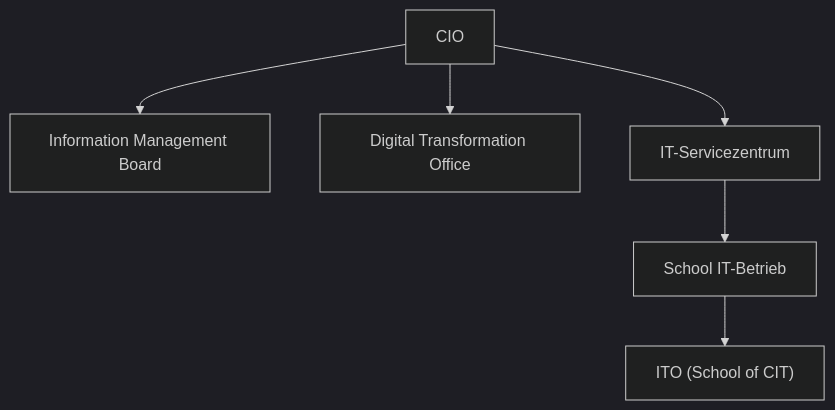
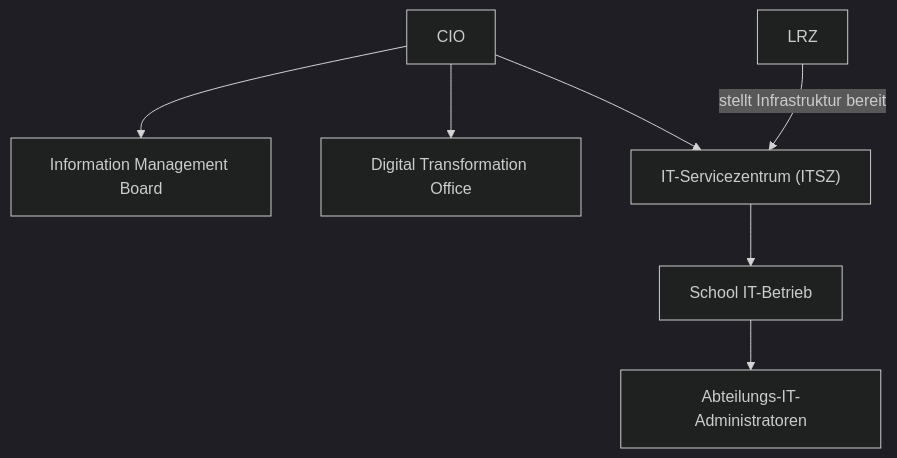
Before and after one commit to jtimo/tum-ito-admin-guide: the third of 3 diagrams in de/chapters/07-support-ressourcen.qmd, drawn with Mermaid (dark theme). The commit also changed other lines of this file and 21 other files, not shown here.

````diff
--- a/de/chapters/07-support-ressourcen.qmd
+++ b/de/chapters/07-support-ressourcen.qmd
@@ -226,11 +181,13 @@
 ```{mermaid}
 %%| fig-cap: "TUM IT-Governance"
 flowchart TB
     CIO["CIO"]
     CIO --> IMB["Information Management Board"]
     CIO --> DXO["Digital Transformation Office"]
-    CIO --> ITSZ["IT-Servicezentrum"]
+    CIO --> ITSZ["IT-Servicezentrum (ITSZ)"]
 
     ITSZ --> Schools["School IT-Betrieb"]
-    Schools --> ITO["ITO (School of CIT)"]
+    Schools --> Admins["Abteilungs-IT-Administratoren"]
+
+    LRZ["LRZ"] --> |stellt Infrastruktur bereit| ITSZ
 ```
````
